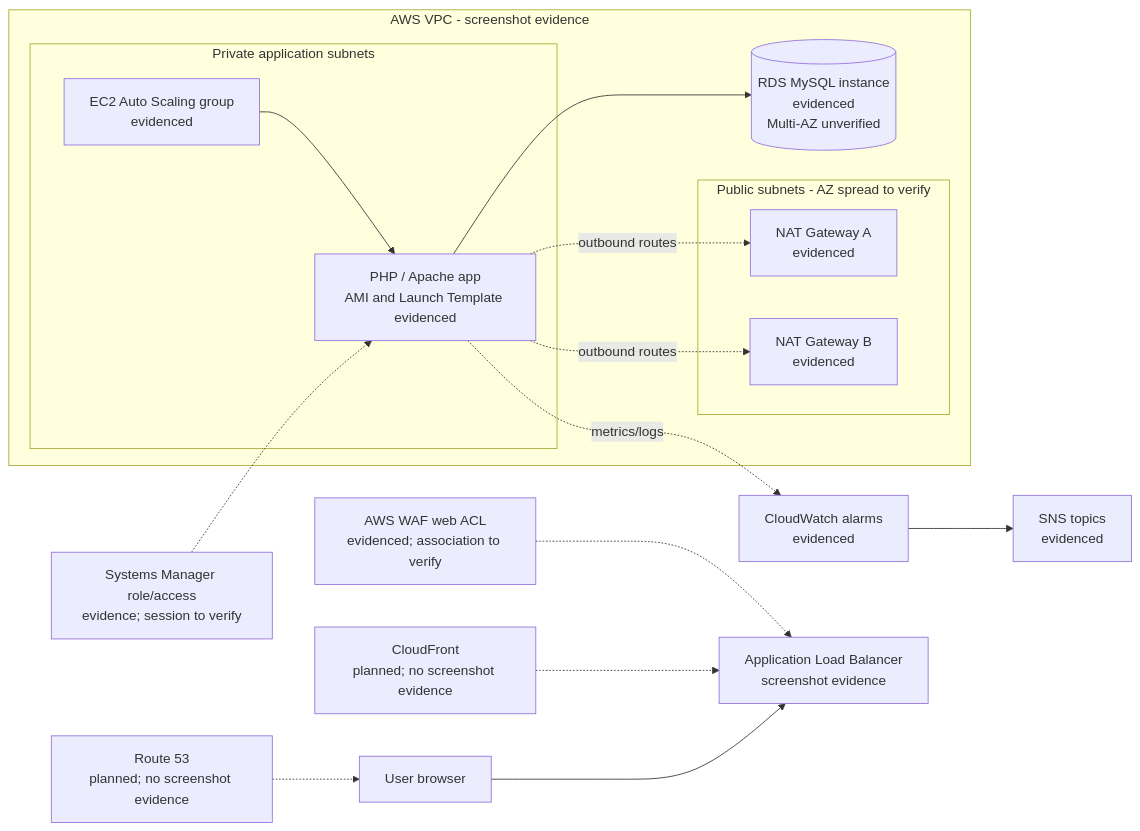
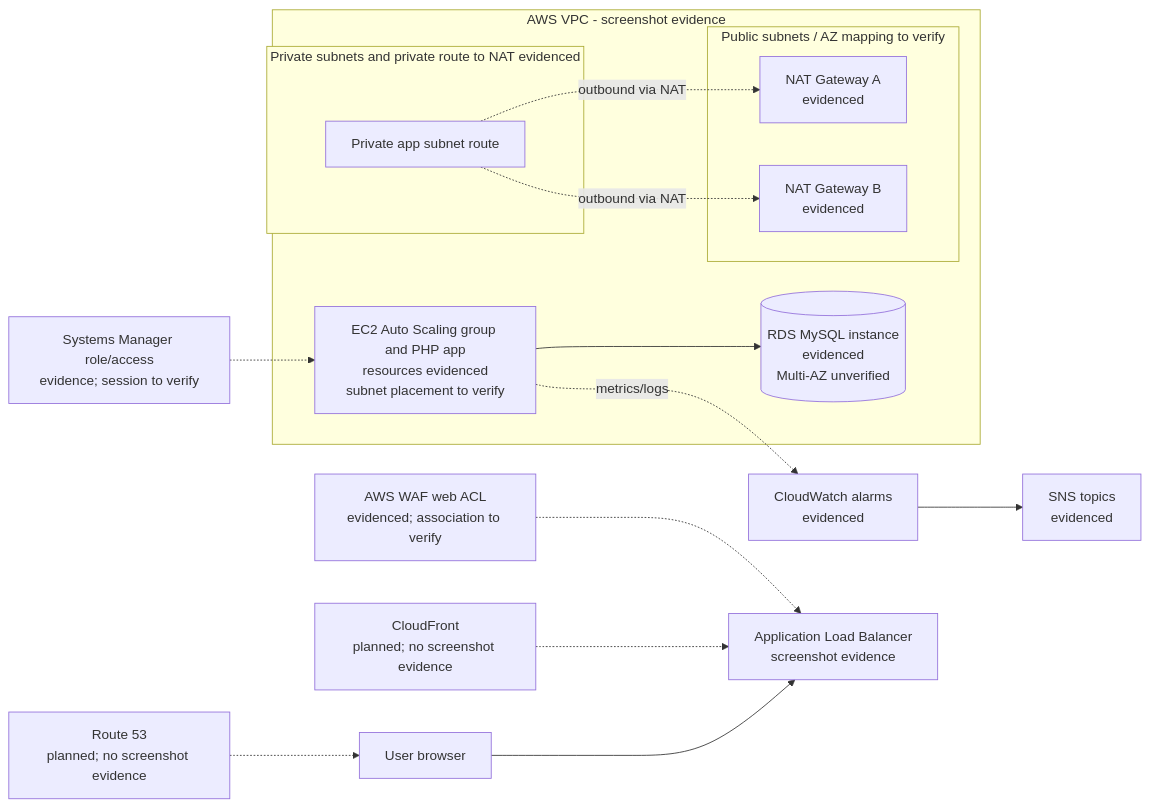
Before and after one commit to Aasa89048/Scalable-Web-Application-with-ALB-and-Auto-Scaling: the diagram in docs/architecture.mmd, drawn with Mermaid.

Commit message:
Clarify screenshot evidence and subnet placement

```diff
--- a/docs/architecture.mmd
+++ b/docs/architecture.mmd
@@ -1,23 +1,22 @@
 flowchart LR
   User[User browser] --> ALB[Application Load Balancer<br/>screenshot evidence]
   subgraph VPC[AWS VPC - screenshot evidence]
-    subgraph Public[Public subnets - AZ spread to verify]
+    subgraph Public[Public subnets / AZ mapping to verify]
       NAT1[NAT Gateway A<br/>evidenced]
       NAT2[NAT Gateway B<br/>evidenced]
     end
-    subgraph Private[Private application subnets]
-      ASG[EC2 Auto Scaling group<br/>evidenced]
-      APP[PHP / Apache app<br/>AMI and Launch Template evidenced]
+    subgraph Private[Private subnets and private route to NAT evidenced]
+      PrivateNet[Private app subnet route]
     end
+    Compute[EC2 Auto Scaling group and PHP app<br/>resources evidenced<br/>subnet placement to verify]
     RDS[(RDS MySQL instance<br/>evidenced<br/>Multi-AZ unverified)]
-    ASG --> APP
-    APP --> RDS
-    APP -. outbound routes .-> NAT1
-    APP -. outbound routes .-> NAT2
+    Compute --> RDS
+    PrivateNet -. outbound via NAT .-> NAT1
+    PrivateNet -. outbound via NAT .-> NAT2
   end
   WAF[AWS WAF web ACL<br/>evidenced; association to verify] -.-> ALB
-  SSM[Systems Manager role/access<br/>evidence; session to verify] -.-> APP
+  SSM[Systems Manager role/access<br/>evidence; session to verify] -.-> Compute
   CW[CloudWatch alarms<br/>evidenced] --> SNS[SNS topics<br/>evidenced]
-  APP -. metrics/logs .-> CW
+  Compute -. metrics/logs .-> CW
   CF[CloudFront<br/>planned; no screenshot evidence] -.-> ALB
   R53[Route 53<br/>planned; no screenshot evidence] -.-> User
```
